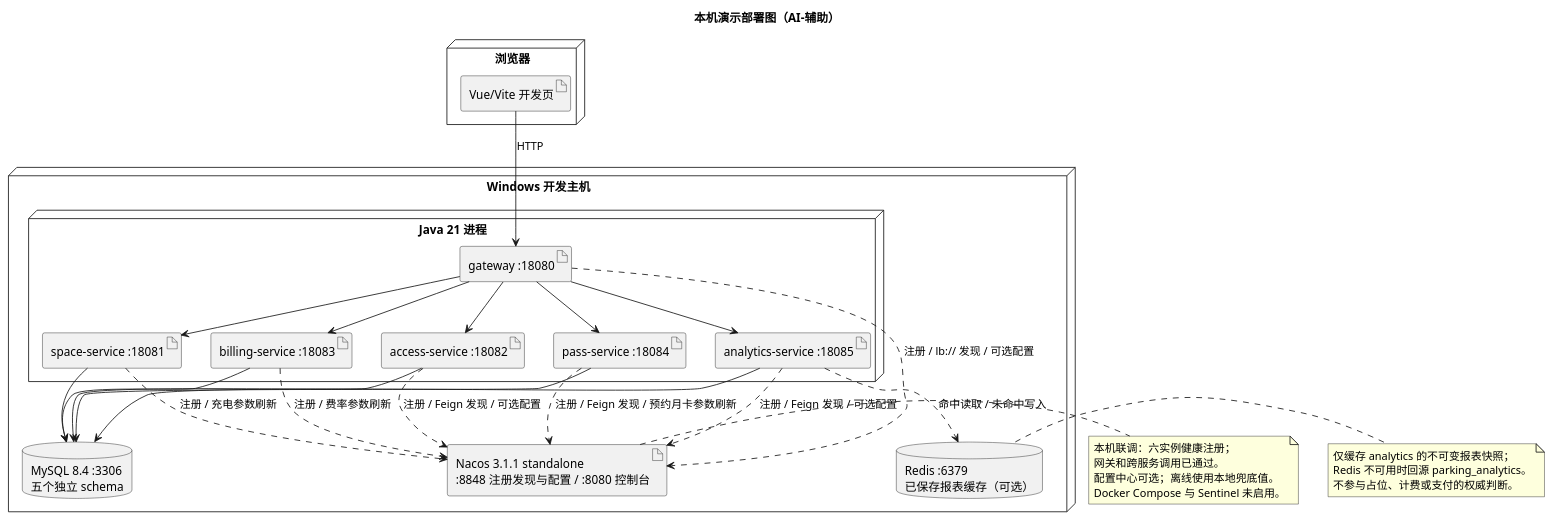
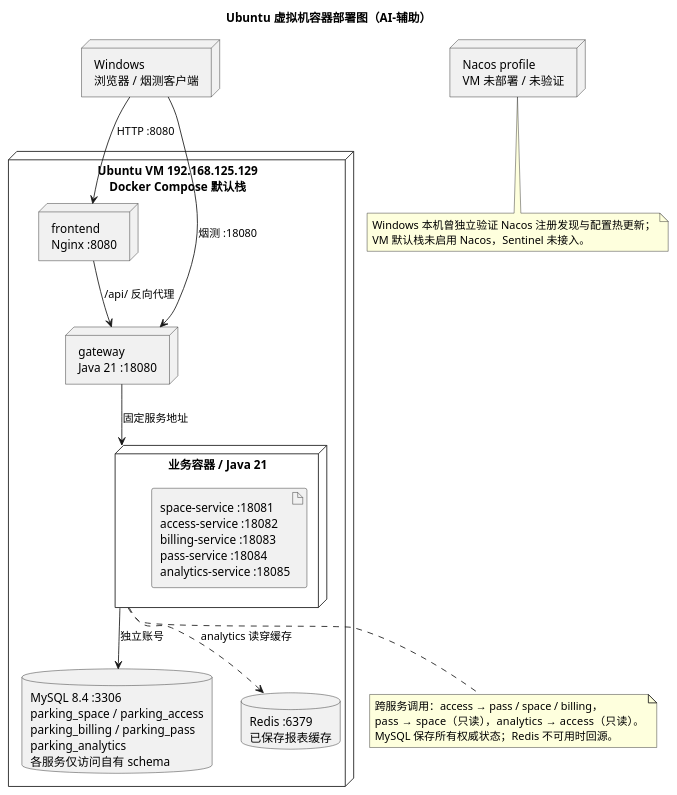
One commit to Gindama713/UMLWORK changed the diagram in models/13-deployment.puml. Above: the diagram before and after it, drawn with PlantUML. The commit also changed 17 other files, not shown here.

```diff
--- a/models/13-deployment.puml
+++ b/models/13-deployment.puml
@@ -1,48 +1,30 @@
 @startuml
-title 本机演示部署图（AI-辅助）
-node "浏览器" {
-  artifact "Vue/Vite 开发页" as ui
+title Ubuntu 虚拟机容器部署图（AI-辅助）
+top to bottom direction
+node "Windows\n浏览器 / 烟测客户端" as client
+node "Ubuntu VM 192.168.125.129\nDocker Compose 默认栈" {
+  node "frontend\nNginx :8080" as frontend
+  node "gateway\nJava 21 :18080" as gateway
+  node "业务容器 / Java 21" as services {
+    artifact "space-service :18081\naccess-service :18082\nbilling-service :18083\npass-service :18084\nanalytics-service :18085" as business
+  }
+  database "MySQL 8.4 :3306\nparking_space / parking_access\nparking_billing / parking_pass\nparking_analytics\n各服务仅访问自有 schema" as mysql
+  database "Redis :6379\n已保存报表缓存" as redis
 }
-node "Windows 开发主机" {
-  node "Java 21 进程" {
-    artifact "gateway :18080" as gateway
-    artifact "space-service :18081" as space
-    artifact "access-service :18082" as access
-    artifact "billing-service :18083" as billing
-    artifact "pass-service :18084" as pass
-    artifact "analytics-service :18085" as analytics
-  }
-  database "MySQL 8.4 :3306\n五个独立 schema" as mysql
-  database "Redis :6379\n已保存报表缓存（可选）" as redis
-  artifact "Nacos 3.1.1 standalone\n:8848 注册发现与配置 / :8080 控制台" as nacos
-}
-ui --> gateway : HTTP
-gateway --> space
-gateway --> access
-gateway --> billing
-gateway --> pass
-gateway --> analytics
-gateway ..> nacos : 注册 / lb:// 发现 / 可选配置
-space ..> nacos : 注册 / 充电参数刷新
-access ..> nacos : 注册 / Feign 发现 / 可选配置
-billing ..> nacos : 注册 / 费率参数刷新
-pass ..> nacos : 注册 / Feign 发现 / 预约月卡参数刷新
-analytics ..> nacos : 注册 / Feign 发现 / 可选配置
-space --> mysql
-access --> mysql
-billing --> mysql
-pass --> mysql
-analytics --> mysql
-analytics ..> redis : 命中读取 / 未命中写入
-note right of redis
-仅缓存 analytics 的不可变报表快照；
-Redis 不可用时回源 parking_analytics。
-不参与占位、计费或支付的权威判断。
+node "Nacos profile\nVM 未部署 / 未验证" as nacos
+client --> frontend : HTTP :8080
+client --> gateway : 烟测 :18080
+frontend --> gateway : /api/ 反向代理
+gateway --> services : 固定服务地址
+services --> mysql : 独立账号
+services ..> redis : analytics 读穿缓存
+note bottom of services
+跨服务调用：access → pass / space / billing，
+pass → space（只读），analytics → access（只读）。
+MySQL 保存所有权威状态；Redis 不可用时回源。
 end note
-note right of nacos
-本机联调：六实例健康注册；
-网关和跨服务调用已通过。
-配置中心可选；离线使用本地兜底值。
-Docker Compose 与 Sentinel 未启用。
+note bottom of nacos
+Windows 本机曾独立验证 Nacos 注册发现与配置热更新；
+VM 默认栈未启用 Nacos，Sentinel 未接入。
 end note
 @enduml
```
